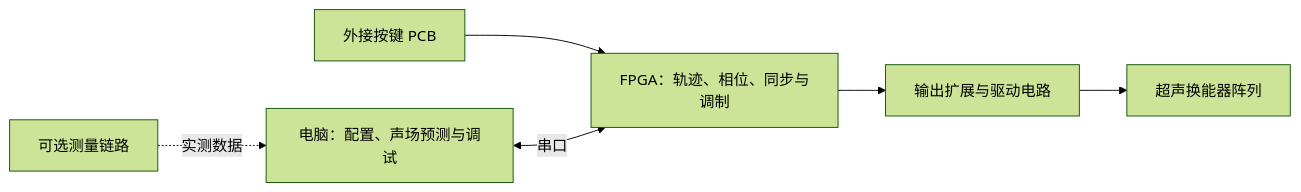
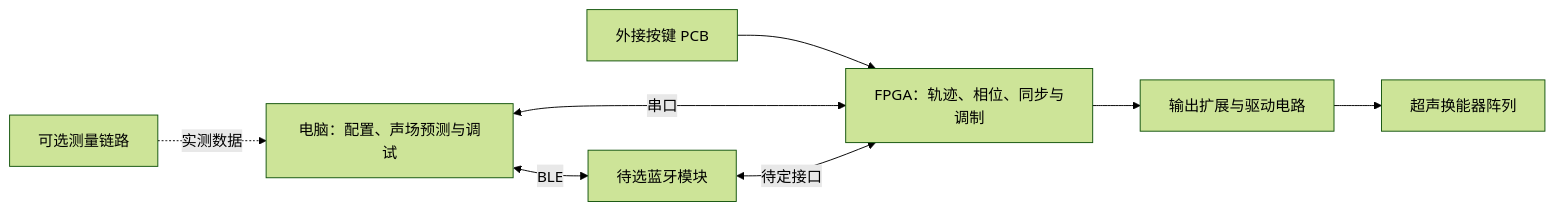
One commit to Cody-ic/fpga-air-haptics changed the diagram in README.md. Above: the diagram before and after it, drawn with Mermaid (forest theme). The commit also changed other lines of this file and 19 other files, not shown here.

````diff
--- a/README.md
+++ b/README.md
@@ -17,8 +17,10 @@
 ```mermaid
 flowchart LR
     K[外接按键 PCB] --> F[FPGA：轨迹、相位、同步与调制]
     P[电脑：配置、声场预测与调试] <-->|串口| F
+    P <-->|BLE| B[待选蓝牙模块]
+    B <-->|待定接口| F
     F --> D[输出扩展与驱动电路]
     D --> A[超声换能器阵列]
     M[可选测量链路] -.实测数据.-> P
 ```
````
